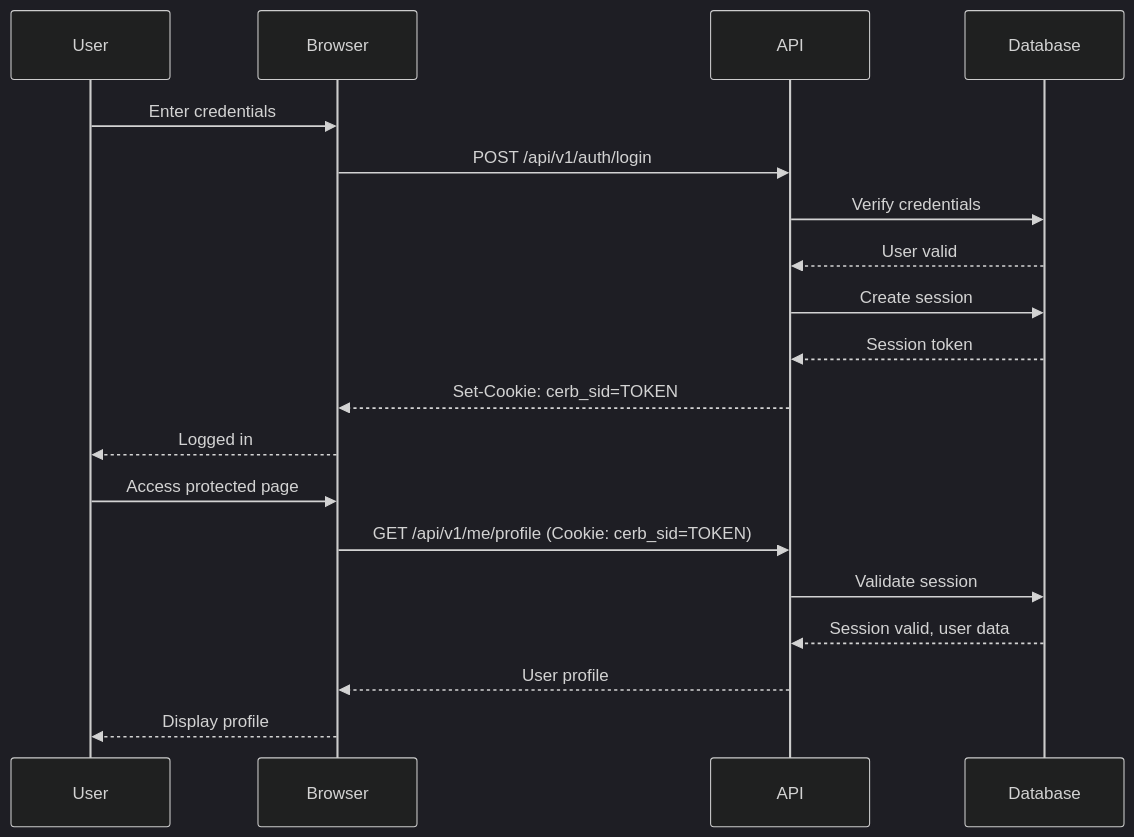
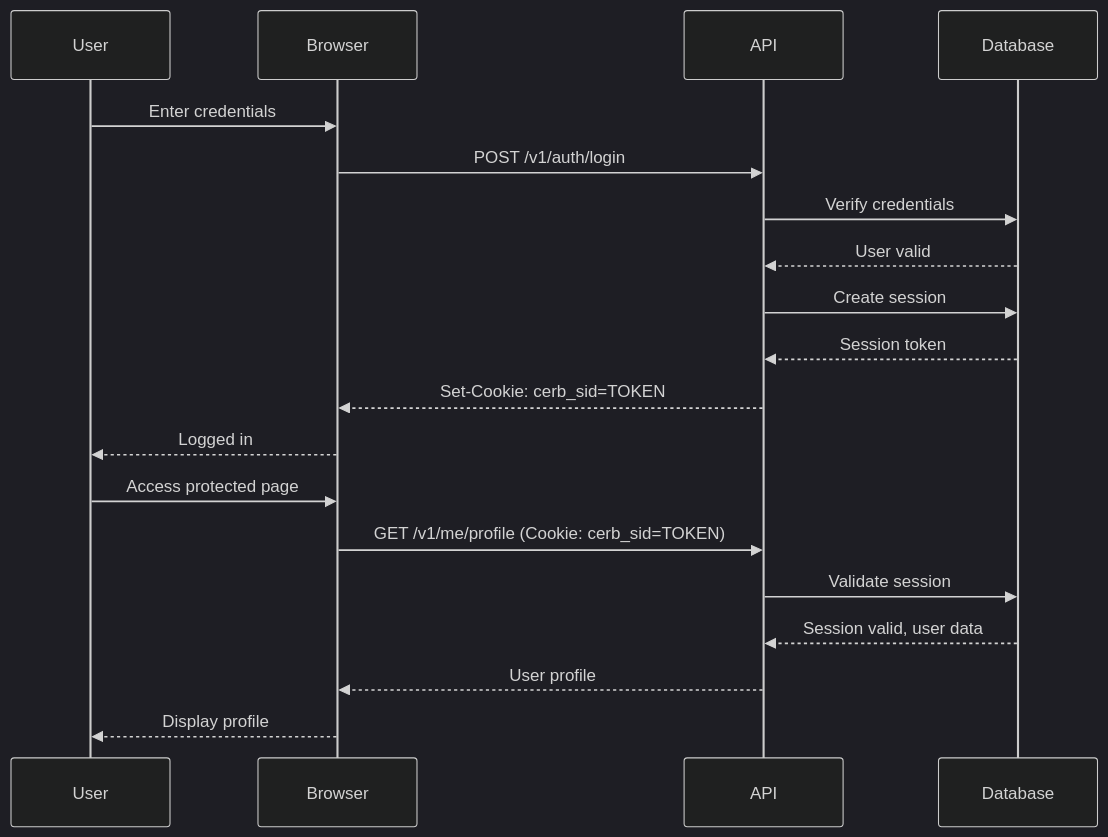
The diagram in guide/sessions.md (cerberus-iam/docs), drawn with Mermaid (dark theme) before and after one commit. The commit also changed other lines of this file and 53 other files, not shown here.

````diff
--- a/guide/sessions.md
+++ b/guide/sessions.md
@@ -13,23 +13,23 @@
 ```mermaid
 sequenceDiagram
     participant User
     participant Browser
     participant API
     participant Database
 
     User->>Browser: Enter credentials
-    Browser->>API: POST /api/v1/auth/login
+    Browser->>API: POST /v1/auth/login
     API->>Database: Verify credentials
     Database-->>API: User valid
     API->>Database: Create session
     Database-->>API: Session token
     API-->>Browser: Set-Cookie: cerb_sid=TOKEN
     Browser-->>User: Logged in
 
     User->>Browser: Access protected page
-    Browser->>API: GET /api/v1/me/profile (Cookie: cerb_sid=TOKEN)
+    Browser->>API: GET /v1/me/profile (Cookie: cerb_sid=TOKEN)
     API->>Database: Validate session
     Database-->>API: Session valid, user data
     API-->>Browser: User profile
     Browser-->>User: Display profile
 ```
````
